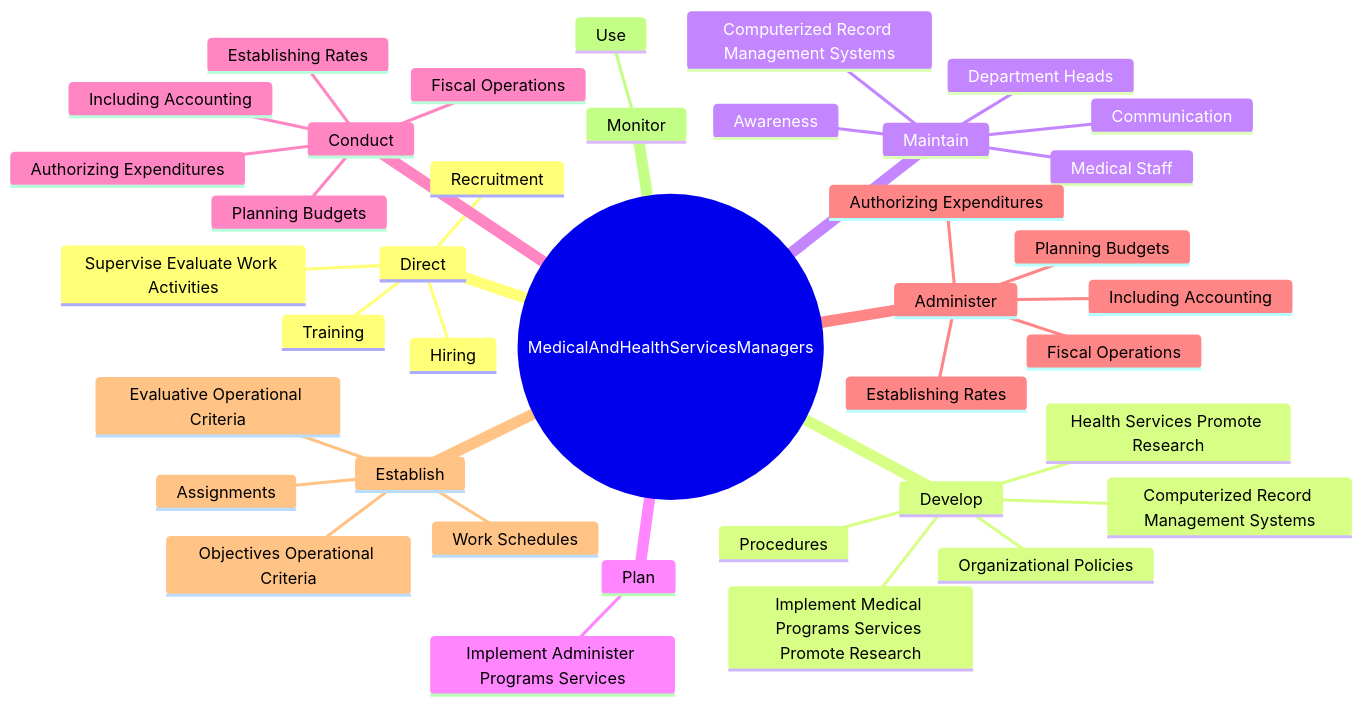
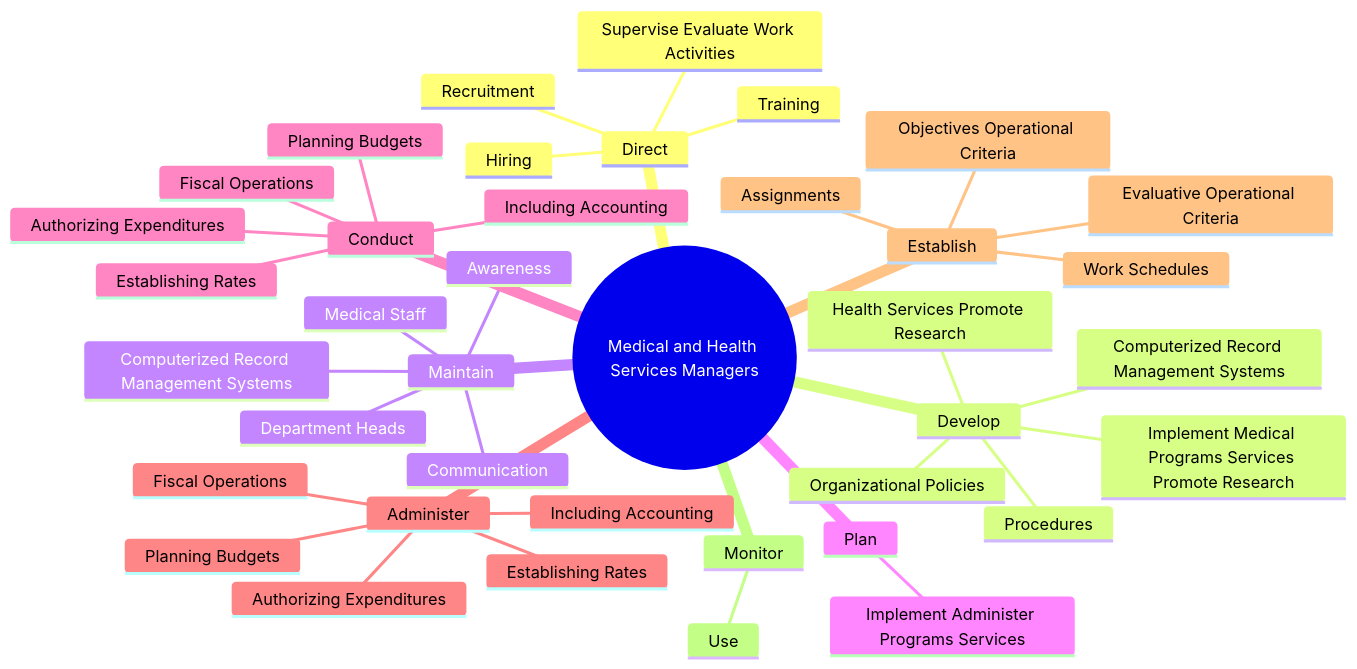
The second of 4 diagrams in occupations/Management/MedicalAndHealthServicesManagers.mdx (kziemski/business.org.ai), drawn with Mermaid before and after one commit. The commit also changed other lines of this file and 938 other files, not shown here.

````diff
--- a/occupations/Management/MedicalAndHealthServicesManagers.mdx
+++ b/occupations/Management/MedicalAndHealthServicesManagers.mdx
@@ -37,42 +45,42 @@
 ```mermaid
 mindmap
-    root(("MedicalAndHealthServicesManagers"))
+    root(("Medical and Health Services Managers"))
         Direct
             Supervise Evaluate Work Activities
             Recruitment
             Hiring
             Training
         Develop
             Computerized Record Management Systems
             Organizational Policies
             Procedures
             Implement Medical Programs Services Promote Research
             Health Services Promote Research
         Maintain
             Computerized Record Management Systems
             Awareness
             Communication
             Medical Staff
             Department Heads
         Plan
             Implement Administer Programs Services
         Conduct
             Fiscal Operations
             Including Accounting
             Planning Budgets
             Authorizing Expenditures
             Establishing Rates
         Administer
             Fiscal Operations
             Including Accounting
             Planning Budgets
             Authorizing Expenditures
             Establishing Rates
         Establish
             Work Schedules
             Assignments
             Objectives Operational Criteria
             Evaluative Operational Criteria
         Monitor
             Use
 ```
````
